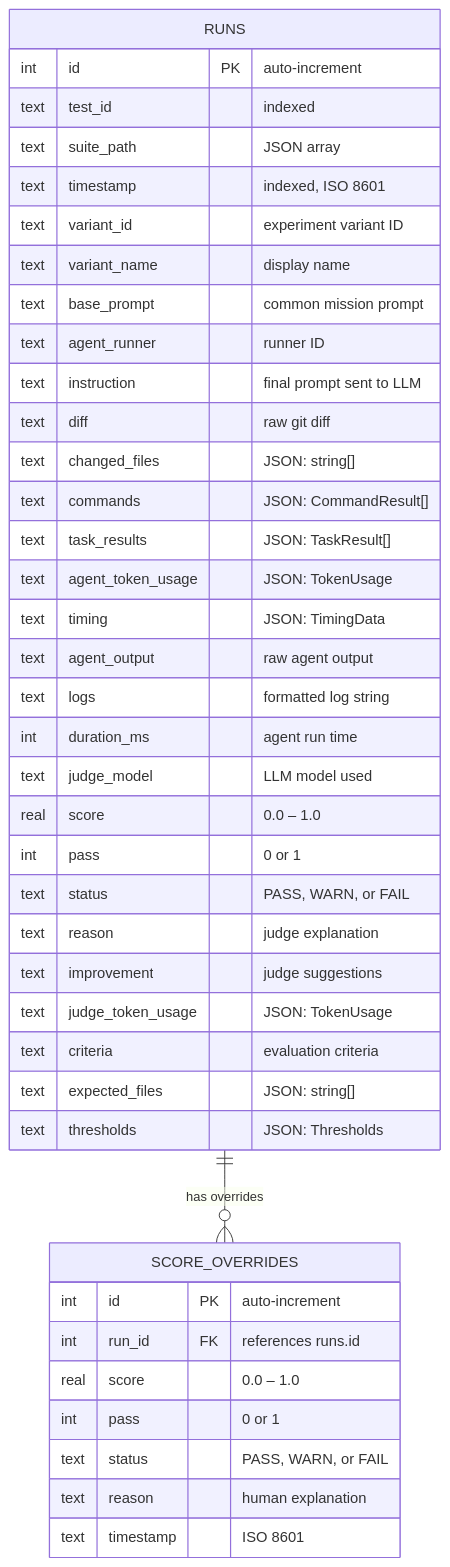
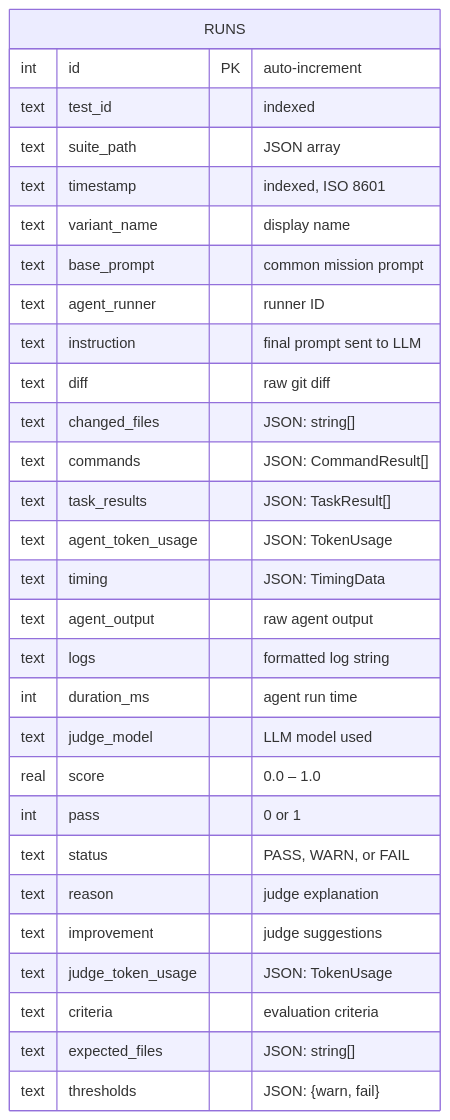
Before and after one commit to Tlahey/agent-eval: the diagram in apps/docs/api/ledger.md, drawn with Mermaid. The commit also changed other lines of this file and 53 other files, not shown here.

````diff
--- a/apps/docs/api/ledger.md
+++ b/apps/docs/api/ledger.md
@@ -127,43 +72,32 @@
 ```mermaid
 erDiagram
     RUNS {
         int id PK "auto-increment"
         text test_id "indexed"
         text suite_path "JSON array"
         text timestamp "indexed, ISO 8601"
-        text variant_id "experiment variant ID"
         text variant_name "display name"
         text base_prompt "common mission prompt"
         text agent_runner "runner ID"
         text instruction "final prompt sent to LLM"
         text diff "raw git diff"
         text changed_files "JSON: string[]"
         text commands "JSON: CommandResult[]"
         text task_results "JSON: TaskResult[]"
         text agent_token_usage "JSON: TokenUsage"
         text timing "JSON: TimingData"
         text agent_output "raw agent output"
         text logs "formatted log string"
         int duration_ms "agent run time"
         text judge_model "LLM model used"
         real score "0.0 – 1.0"
         int pass "0 or 1"
         text status "PASS, WARN, or FAIL"
         text reason "judge explanation"
         text improvement "judge suggestions"
         text judge_token_usage "JSON: TokenUsage"
         text criteria "evaluation criteria"
         text expected_files "JSON: string[]"
-        text thresholds "JSON: Thresholds"
+        text thresholds "JSON: {warn, fail}"
     }
-    SCORE_OVERRIDES {
-        int id PK "auto-increment"
-        int run_id FK "references runs.id"
-        real score "0.0 – 1.0"
-        int pass "0 or 1"
-        text status "PASS, WARN, or FAIL"
-        text reason "human explanation"
-        text timestamp "ISO 8601"
-    }
-    RUNS ||--o{ SCORE_OVERRIDES : "has overrides"
 ```
````
